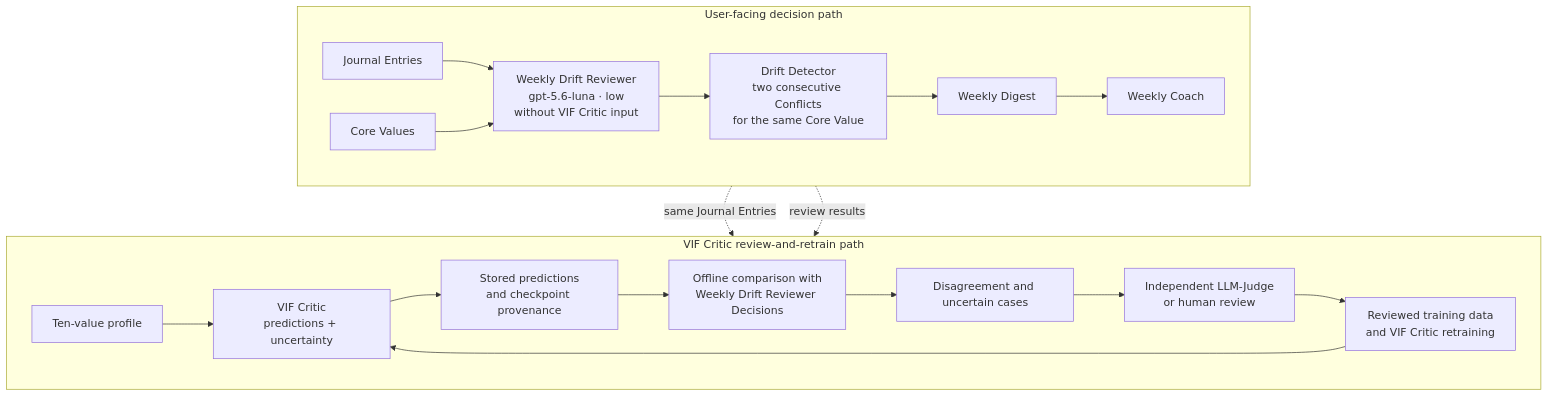
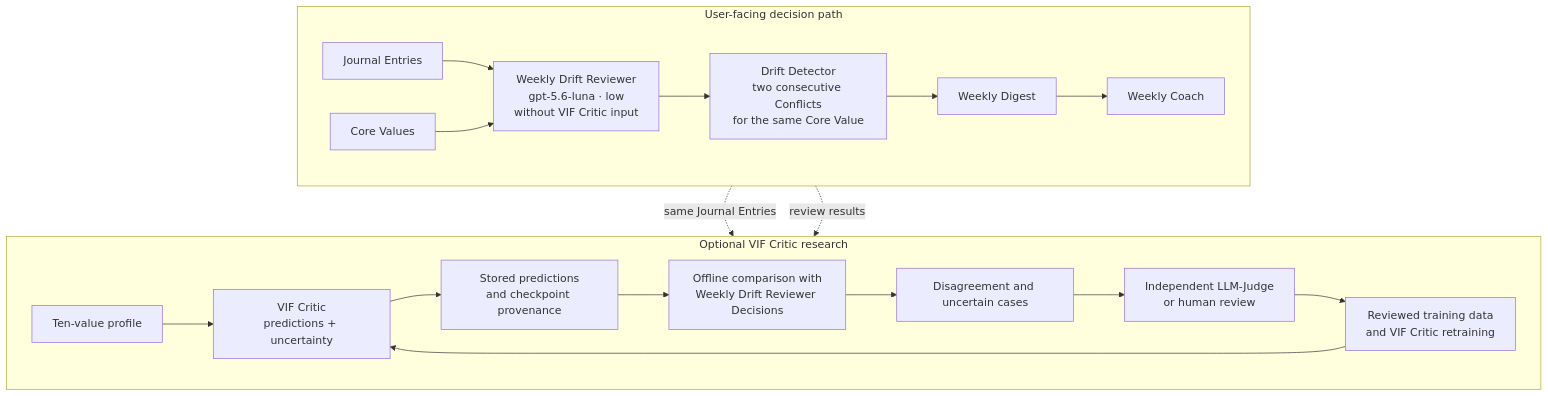
One commit to DesmondChoy/twinkl changed the diagram in docs/architecture/drift_detection.md. Above: the diagram before and after it, drawn with Mermaid. The commit also changed other lines of this file and 14 other files, not shown here.

Commit message:
docs: make VIF Critic optional research (twinkl-560n)

````diff
--- a/docs/architecture/drift_detection.md
+++ b/docs/architecture/drift_detection.md
@@ -32,24 +33,24 @@
 ```mermaid
 flowchart TB
   subgraph USER["User-facing decision path"]
     direction LR
     JE["Journal Entries"] --> WDR["Weekly Drift Reviewer<br/>gpt-5.6-luna · low<br/>without VIF Critic input"]
     CV["Core Values"] --> WDR
     WDR --> DD["Drift Detector<br/>two consecutive Conflicts<br/>for the same Core Value"]
     DD --> WD["Weekly Digest"] --> WC["Weekly Coach"]
   end
 
-  subgraph LEARN["VIF Critic review-and-retrain path"]
+  subgraph LEARN["Optional VIF Critic research"]
     direction LR
     PROFILE["Ten-value profile"] --> VIF["VIF Critic<br/>predictions + uncertainty"]
     VIF --> STORE["Stored predictions<br/>and checkpoint provenance"]
     STORE --> COMPARE["Offline comparison with<br/>Weekly Drift Reviewer Decisions"]
     COMPARE --> CASES["Disagreement and uncertain cases"]
     CASES --> REVIEW["Independent LLM-Judge<br/>or human review"]
     REVIEW --> TRAIN["Reviewed training data<br/>and VIF Critic retraining"]
     TRAIN --> VIF
   end
 
   JE -. "same Journal Entries" .-> VIF
   WDR -. "review results" .-> COMPARE
 ```
````
